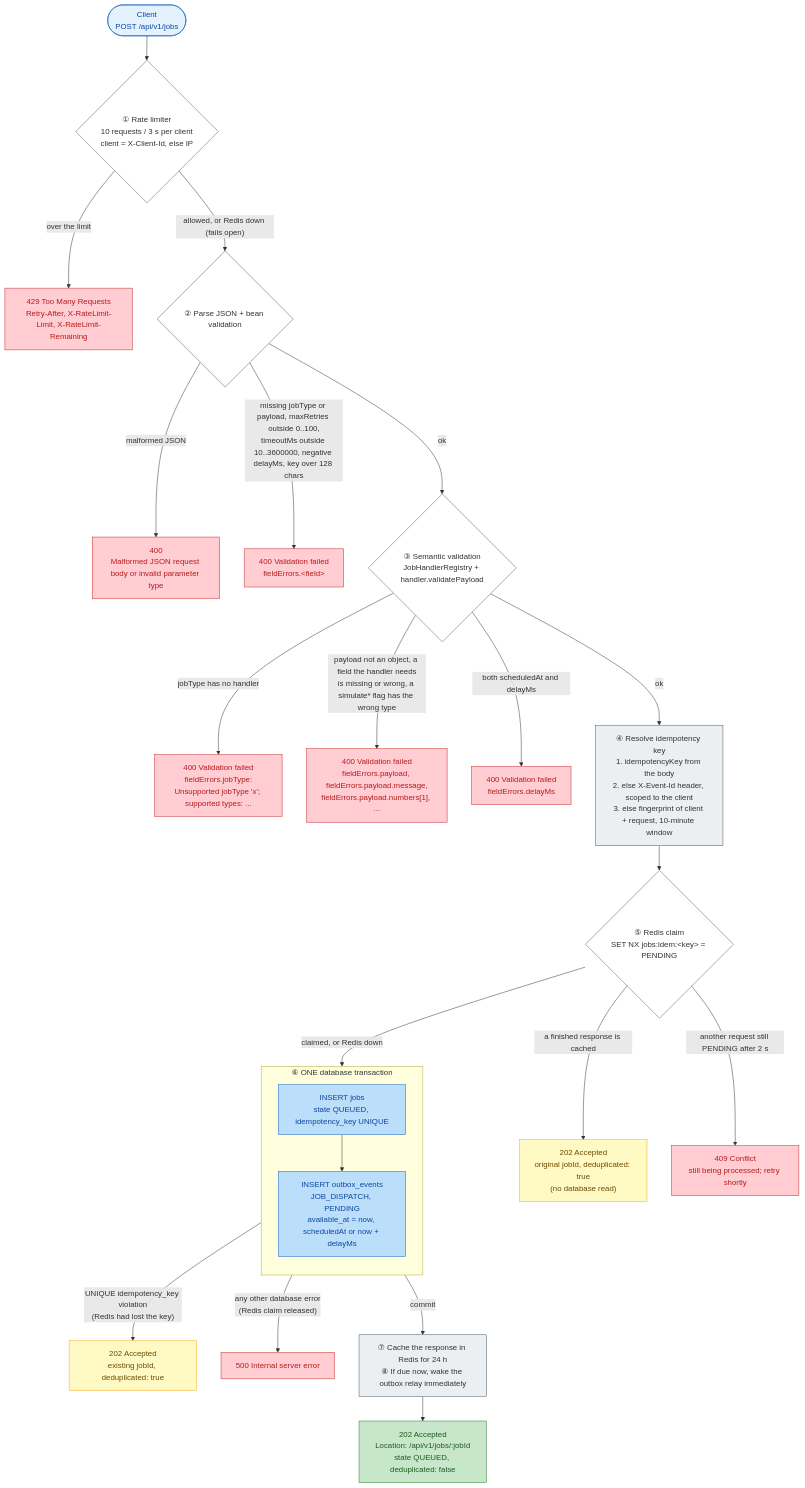
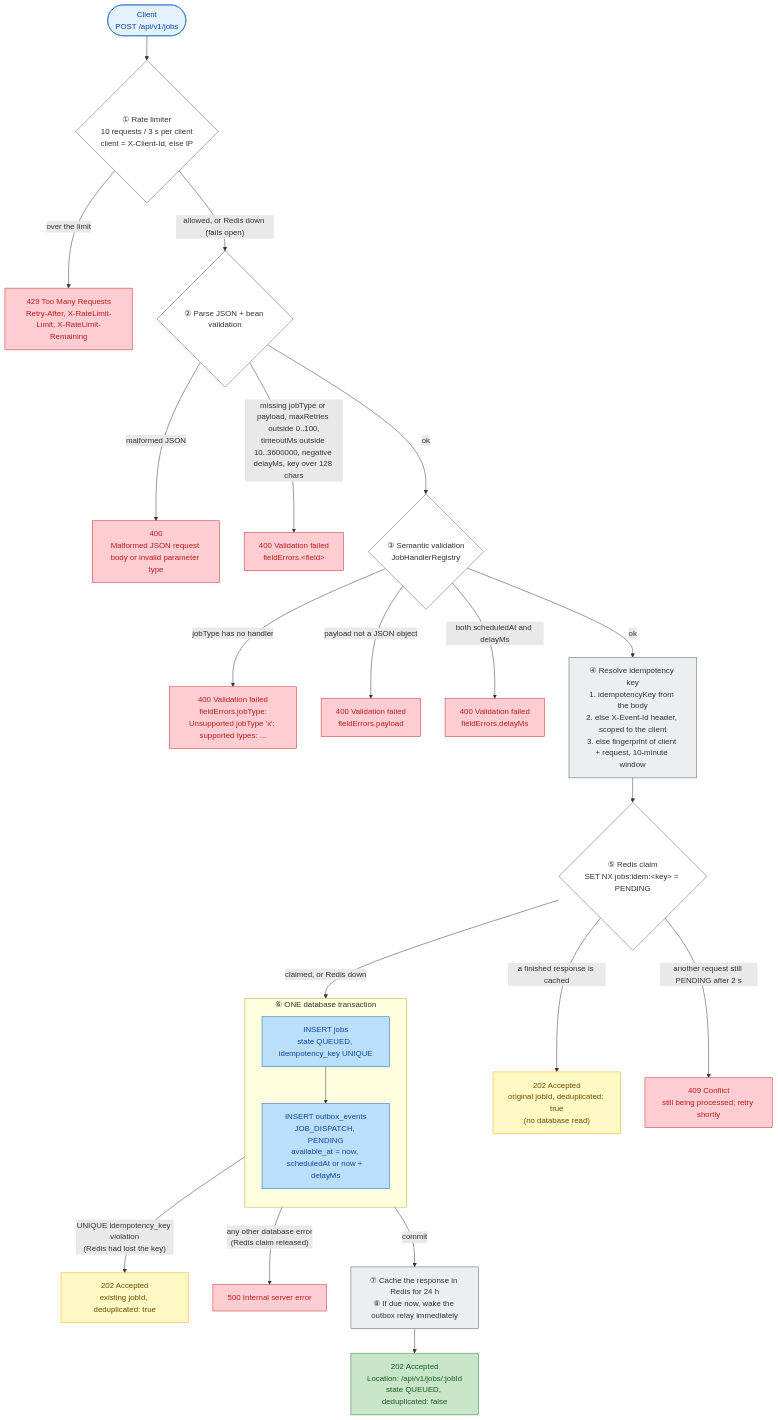
Before and after one commit to piousbrat/asyncJobProcPipeline: the first of 3 diagrams in README.md, drawn with Mermaid. The commit also changed other lines of this file and 12 other files, not shown here.

First line of the commit message:
Keep submission validation basic: drop per-handler payload checks (#8)

````diff
--- a/README.md
+++ b/README.md
@@ -96,49 +96,49 @@
 ```mermaid
 flowchart TD
     C(["Client<br/>POST /api/v1/jobs"]):::client
 
     C --> RL{"① Rate limiter<br/>10 requests / 3 s per client<br/>client = X-Client-Id, else IP"}:::check
     RL -- "over the limit" --> E429["429 Too Many Requests<br/>Retry-After, X-RateLimit-Limit, X-RateLimit-Remaining"]:::reject
     RL -- "allowed, or Redis down (fails open)" --> BV
 
     BV{"② Parse JSON + bean validation"}:::check
     BV -- "malformed JSON" --> E400a["400<br/>Malformed JSON request body or invalid parameter type"]:::reject
     BV -- "missing jobType or payload, maxRetries outside 0..100,<br/>timeoutMs outside 10..3600000, negative delayMs, key over 128 chars" --> E400b["400 Validation failed<br/>fieldErrors.&lt;field&gt;"]:::reject
     BV -- "ok" --> SV
 
-    SV{"③ Semantic validation<br/>JobHandlerRegistry + handler.validatePayload"}:::check
+    SV{"③ Semantic validation<br/>JobHandlerRegistry"}:::check
     SV -- "jobType has no handler" --> E400c["400 Validation failed<br/>fieldErrors.jobType:<br/>Unsupported jobType 'x'; supported types: ..."]:::reject
-    SV -- "payload not an object, a field the handler needs<br/>is missing or wrong, a simulate* flag has the wrong type" --> E400d["400 Validation failed<br/>fieldErrors.payload, fieldErrors.payload.message,<br/>fieldErrors.payload.numbers[1], ..."]:::reject
+    SV -- "payload not a JSON object" --> E400d["400 Validation failed<br/>fieldErrors.payload"]:::reject
     SV -- "both scheduledAt and delayMs" --> E400e["400 Validation failed<br/>fieldErrors.delayMs"]:::reject
     SV -- "ok" --> KEY
 
     KEY["④ Resolve idempotency key<br/>1. idempotencyKey from the body<br/>2. else X-Event-Id header, scoped to the client<br/>3. else fingerprint of client + request, 10-minute window"]:::step
     KEY --> RC
 
     RC{"⑤ Redis claim<br/>SET NX jobs:idem:&lt;key&gt; = PENDING"}:::check
     RC -- "a finished response is cached" --> D1["202 Accepted<br/>original jobId, deduplicated: true<br/>(no database read)"]:::dedup
     RC -- "another request still PENDING after 2 s" --> E409["409 Conflict<br/>still being processed; retry shortly"]:::reject
     RC -- "claimed, or Redis down" --> TX
 
     subgraph TX["⑥ ONE database transaction"]
         direction TB
         J["INSERT jobs<br/>state QUEUED, idempotency_key UNIQUE"]:::db
         O["INSERT outbox_events<br/>JOB_DISPATCH, PENDING<br/>available_at = now, scheduledAt or now + delayMs"]:::db
         J --> O
     end
 
     TX -- "UNIQUE idempotency_key violation<br/>(Redis had lost the key)" --> D2["202 Accepted<br/>existing jobId, deduplicated: true"]:::dedup
     TX -- "any other database error<br/>(Redis claim released)" --> E500["500 Internal server error"]:::reject
     TX -- "commit" --> AFTER
 
     AFTER["⑦ Cache the response in Redis for 24 h<br/>⑧ If due now, wake the outbox relay immediately"]:::step
     AFTER --> A202["202 Accepted<br/>Location: /api/v1/jobs/:jobId<br/>state QUEUED, deduplicated: false"]:::accept
 
     classDef client fill:#e3f2fd,stroke:#1565c0,color:#0d47a1
     classDef check fill:#fff,stroke:#455a64
     classDef step fill:#eceff1,stroke:#455a64
     classDef db fill:#bbdefb,stroke:#1565c0,color:#0d47a1
     classDef reject fill:#ffcdd2,stroke:#c62828,color:#b71c1c
     classDef dedup fill:#fff9c4,stroke:#f9a825,color:#6d4c00
     classDef accept fill:#c8e6c9,stroke:#2e7d32,color:#1b5e20
 ```
````
